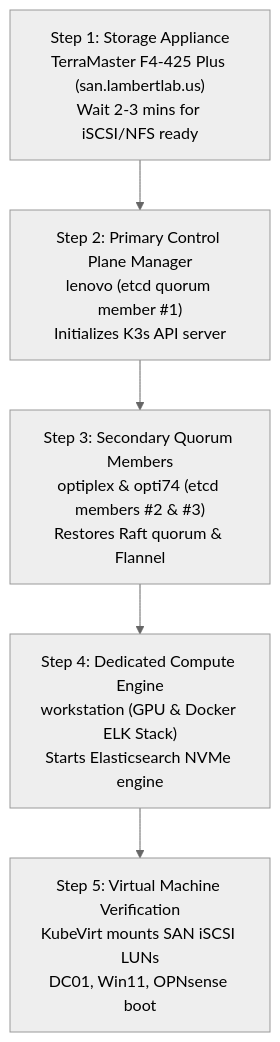
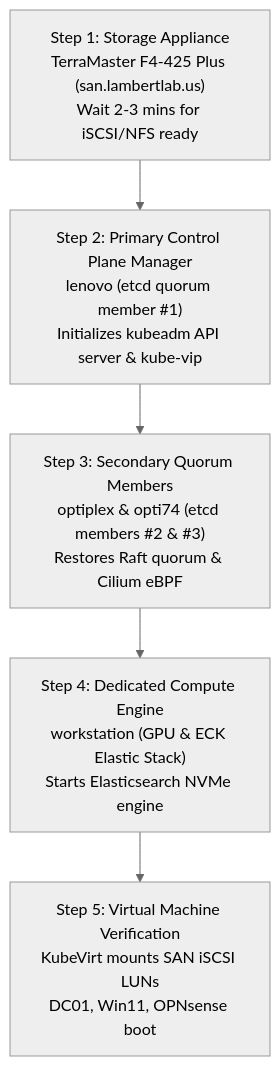
Before and after one commit to ChrisLambert03/homelab: the diagram in docs/runbooks/disaster-recovery.md, drawn with Mermaid (neutral theme). The commit also changed other lines of this file and 14 other files, not shown here.

Commit message:
docs: modernize architecture, scrub legacy K3s/Flannel/CIDRs, and standardize Elastic Stack

````diff
--- a/docs/runbooks/disaster-recovery.md
+++ b/docs/runbooks/disaster-recovery.md
@@ -11,7 +11,7 @@
 ```mermaid
 graph TD
-    Step1["Step 1: Storage Appliance<br/>TerraMaster F4-425 Plus (san.lambertlab.us)<br/>Wait 2-3 mins for iSCSI/NFS ready"] --> Step2["Step 2: Primary Control Plane Manager<br/>lenovo (etcd quorum member #1)<br/>Initializes K3s API server"]
-    Step2 --> Step3["Step 3: Secondary Quorum Members<br/>optiplex & opti74 (etcd members #2 & #3)<br/>Restores Raft quorum & Flannel"]
-    Step3 --> Step4["Step 4: Dedicated Compute Engine<br/>workstation (GPU & Docker ELK Stack)<br/>Starts Elasticsearch NVMe engine"]
+    Step1["Step 1: Storage Appliance<br/>TerraMaster F4-425 Plus (san.lambertlab.us)<br/>Wait 2-3 mins for iSCSI/NFS ready"] --> Step2["Step 2: Primary Control Plane Manager<br/>lenovo (etcd quorum member #1)<br/>Initializes kubeadm API server & kube-vip"]
+    Step2 --> Step3["Step 3: Secondary Quorum Members<br/>optiplex & opti74 (etcd members #2 & #3)<br/>Restores Raft quorum & Cilium eBPF"]
+    Step3 --> Step4["Step 4: Dedicated Compute Engine<br/>workstation (GPU & ECK Elastic Stack)<br/>Starts Elasticsearch NVMe engine"]
     Step4 --> Step5["Step 5: Virtual Machine Verification<br/>KubeVirt mounts SAN iSCSI LUNs<br/>DC01, Win11, OPNsense boot"]
 ```
````
